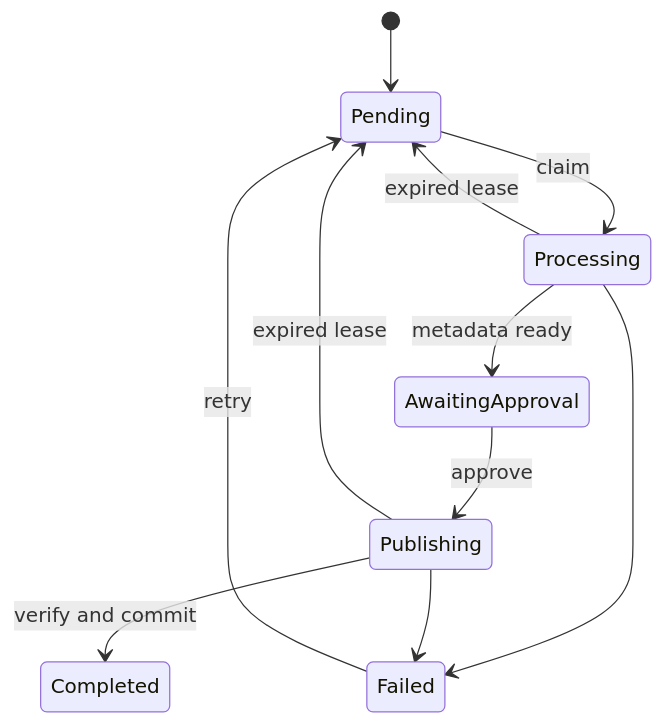
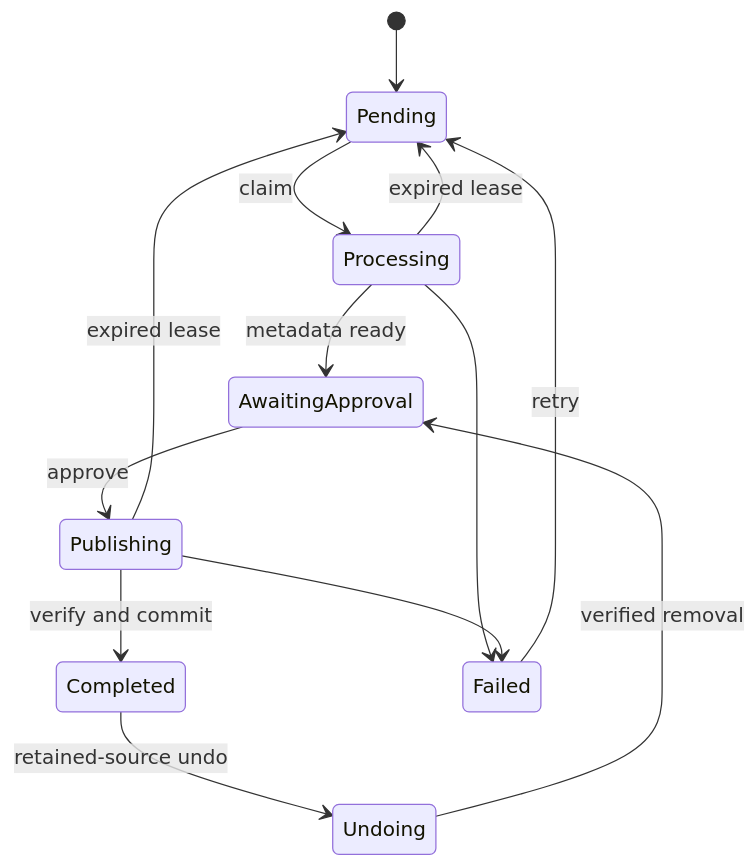
Before and after one commit to ColePoulos1/Paparr: the diagram in docs/architecture.md, drawn with Mermaid. The commit also changed other lines of this file and 46 other files, not shown here.

Commit message:
Add recoverable retained-source undo and isolate worker failures

````diff
--- a/docs/architecture.md
+++ b/docs/architecture.md
@@ -7,13 +7,15 @@
 ```mermaid
 stateDiagram-v2
     [*] --> Pending
     Pending --> Processing: claim
     Processing --> AwaitingApproval: metadata ready
     AwaitingApproval --> Publishing: approve
     Publishing --> Completed: verify and commit
+    Completed --> Undoing: retained-source undo
+    Undoing --> AwaitingApproval: verified removal
     Processing --> Failed
     Publishing --> Failed
     Failed --> Pending: retry
     Processing --> Pending: expired lease
     Publishing --> Pending: expired lease
 ```
````
